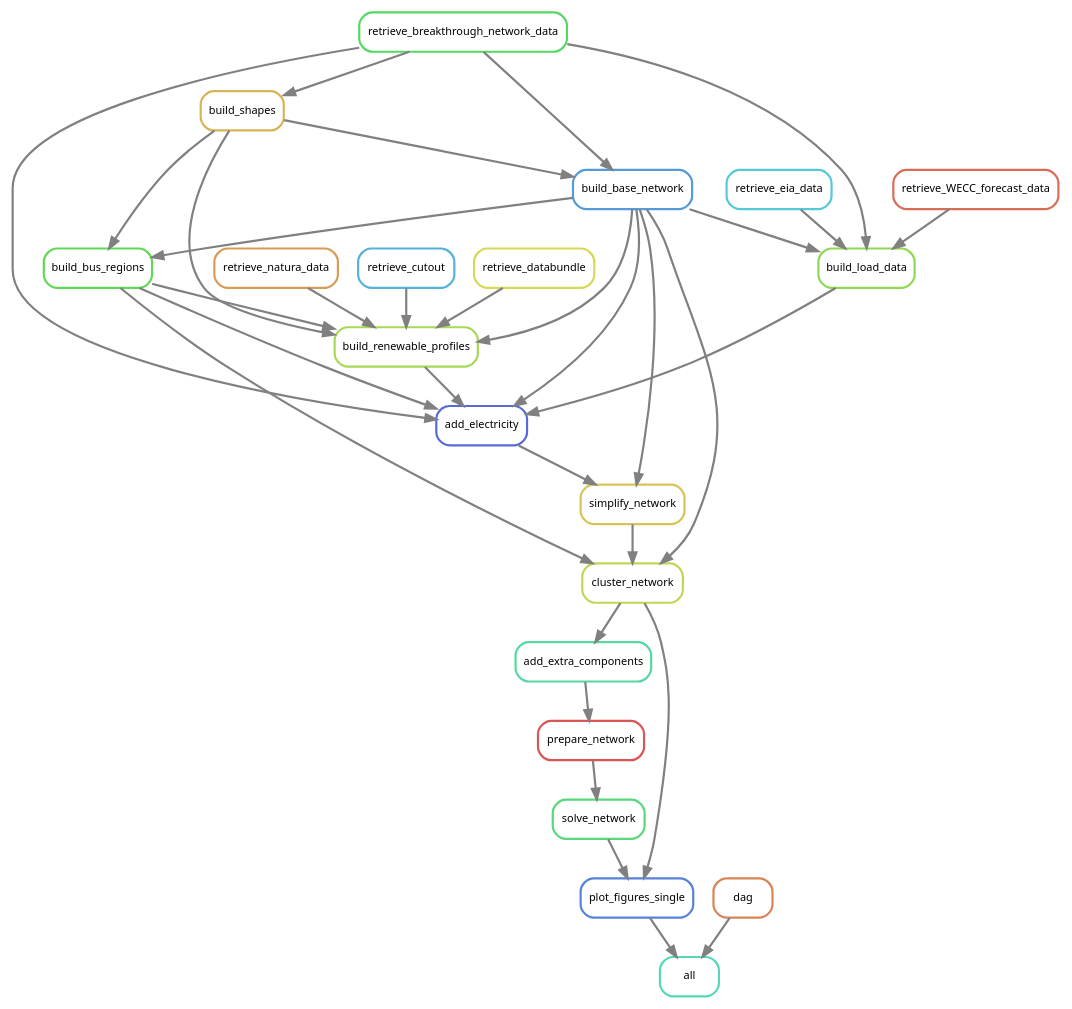
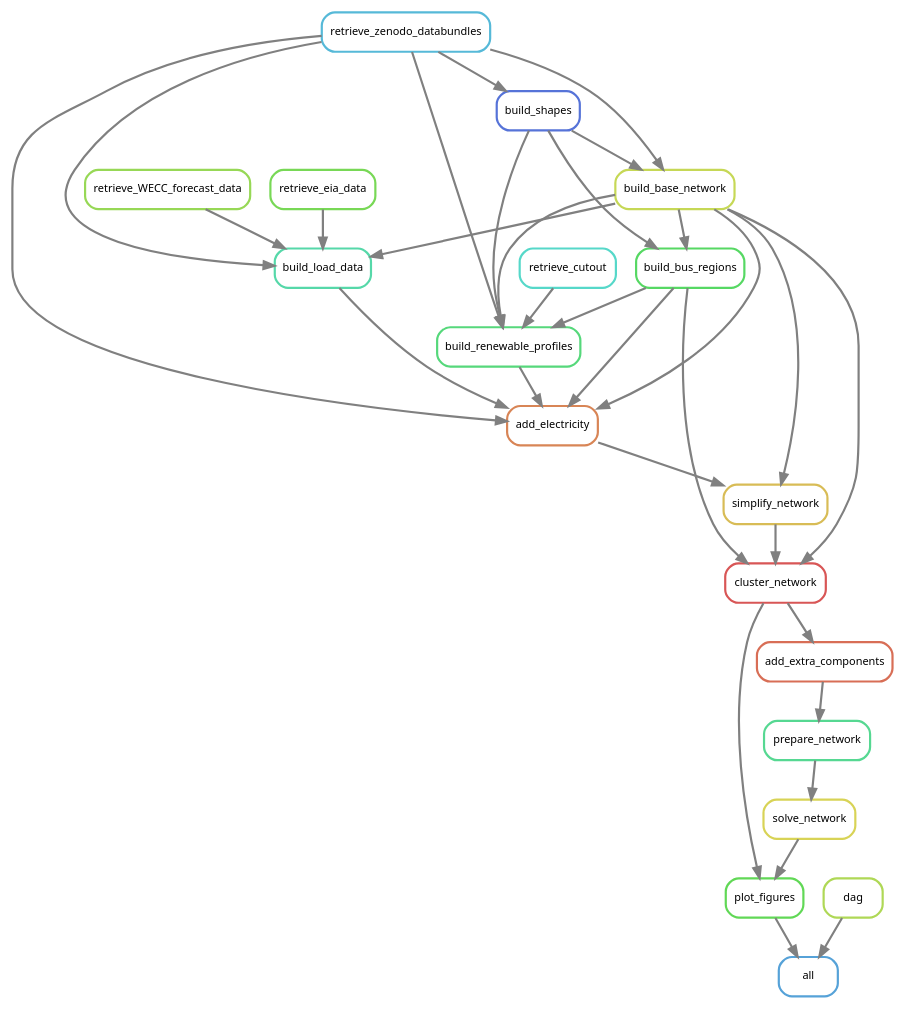
The diagram in workflow/repo_data/dag.dot (PyPSA/pypsa-usa), drawn with Graphviz before and after one commit. The commit also changed 6 other files, not shown here.

```diff
--- a/workflow/repo_data/dag.dot
+++ b/workflow/repo_data/dag.dot
@@ -1,57 +1,54 @@
 digraph snakemake_dag {
     graph[bgcolor=white, margin=0];
     node[shape=box, style=rounded, fontname=sans,                 fontsize=10, penwidth=2];
     edge[penwidth=2, color=grey];
-	0[label = "all", color = "0.46 0.6 0.85", style="rounded"];
-	1[label = "plot_figures_single", color = "0.61 0.6 0.85", style="rounded"];
-	2[label = "solve_network", color = "0.38 0.6 0.85", style="rounded"];
-	3[label = "prepare_network", color = "0.00 0.6 0.85", style="rounded"];
-	4[label = "add_extra_components", color = "0.43 0.6 0.85", style="rounded"];
-	5[label = "cluster_network", color = "0.20 0.6 0.85", style="rounded"];
-	6[label = "simplify_network", color = "0.14 0.6 0.85", style="rounded"];
-	7[label = "build_base_network", color = "0.58 0.6 0.85", style="rounded"];
-	8[label = "retrieve_breakthrough_network_data", color = "0.35 0.6 0.85", style="rounded"];
-	9[label = "build_shapes", color = "0.12 0.6 0.85", style="rounded"];
-	10[label = "add_electricity", color = "0.64 0.6 0.85", style="rounded"];
-	11[label = "build_renewable_profiles", color = "0.23 0.6 0.85", style="rounded"];
-	12[label = "retrieve_databundle", color = "0.17 0.6 0.85", style="rounded"];
-	13[label = "retrieve_natura_data", color = "0.09 0.6 0.85", style="rounded"];
-	14[label = "build_bus_regions", color = "0.32 0.6 0.85", style="rounded"];
-	15[label = "retrieve_cutout", color = "0.55 0.6 0.85", style="rounded"];
-	16[label = "build_load_data", color = "0.26 0.6 0.85", style="rounded"];
-	17[label = "retrieve_WECC_forecast_data", color = "0.03 0.6 0.85", style="rounded"];
-	18[label = "retrieve_eia_data", color = "0.52 0.6 0.85", style="rounded"];
-	19[label = "dag", color = "0.06 0.6 0.85", style="rounded"];
-	19 -> 0
+	0[label = "all", color = "0.57 0.6 0.85", style="rounded"];
+	1[label = "plot_figures", color = "0.32 0.6 0.85", style="rounded"];
+	2[label = "solve_network", color = "0.16 0.6 0.85", style="rounded"];
+	3[label = "prepare_network", color = "0.41 0.6 0.85", style="rounded"];
+	4[label = "add_extra_components", color = "0.03 0.6 0.85", style="rounded"];
+	5[label = "cluster_network", color = "0.00 0.6 0.85", style="rounded"];
+	6[label = "simplify_network", color = "0.13 0.6 0.85", style="rounded"];
+	7[label = "build_base_network", color = "0.19 0.6 0.85", style="rounded"];
+	8[label = "retrieve_zenodo_databundles", color = "0.54 0.6 0.85", style="rounded"];
+	9[label = "build_shapes", color = "0.63 0.6 0.85", style="rounded"];
+	10[label = "add_electricity", color = "0.06 0.6 0.85", style="rounded"];
+	11[label = "build_renewable_profiles", color = "0.38 0.6 0.85", style="rounded"];
+	12[label = "build_bus_regions", color = "0.35 0.6 0.85", style="rounded"];
+	13[label = "retrieve_cutout", color = "0.48 0.6 0.85", style="rounded"];
+	14[label = "build_load_data", color = "0.44 0.6 0.85", style="rounded"];
+	15[label = "retrieve_WECC_forecast_data", color = "0.25 0.6 0.85", style="rounded"];
+	16[label = "retrieve_eia_data", color = "0.29 0.6 0.85", style="rounded"];
+	17[label = "dag", color = "0.22 0.6 0.85", style="rounded"];
+	17 -> 0
 	1 -> 0
+	2 -> 1
 	5 -> 1
-	2 -> 1
 	3 -> 2
 	4 -> 3
 	5 -> 4
+	7 -> 5
 	6 -> 5
-	14 -> 5
-	7 -> 5
+	12 -> 5
+	7 -> 6
 	10 -> 6
-	7 -> 6
 	8 -> 7
 	9 -> 7
 	8 -> 9
+	12 -> 10
 	8 -> 10
 	11 -> 10
+	14 -> 10
 	7 -> 10
-	16 -> 10
-	14 -> 10
-	15 -> 11
+	12 -> 11
+	8 -> 11
+	13 -> 11
+	9 -> 11
 	7 -> 11
-	9 -> 11
-	13 -> 11
-	14 -> 11
-	12 -> 11
+	7 -> 12
+	9 -> 12
+	8 -> 14
+	16 -> 14
 	7 -> 14
-	9 -> 14
-	17 -> 16
-	18 -> 16
-	8 -> 16
-	7 -> 16
+	15 -> 14
 }            
```
